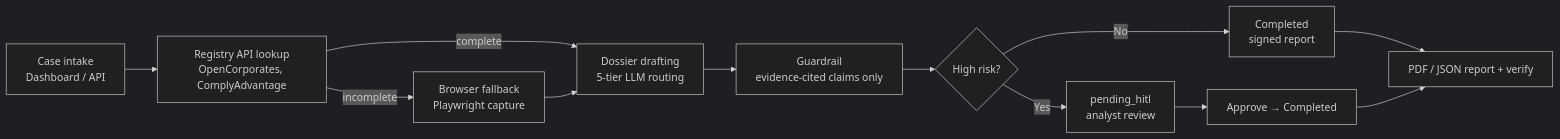
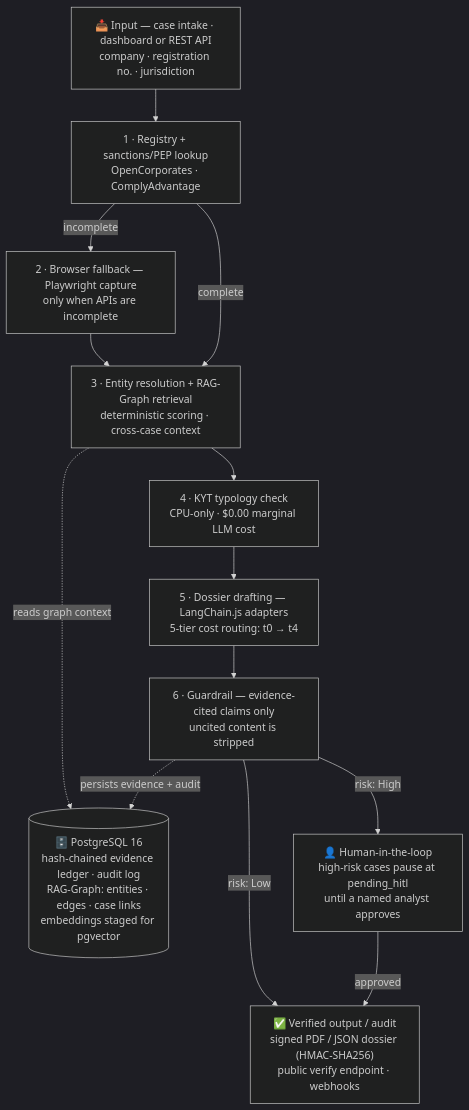
One commit to kakashi3lite/kyc-copilot changed the first of 2 diagrams in README.md. Above: the diagram before and after it, drawn with Mermaid (dark theme). The commit also changed other lines of this file and 9 other files, not shown here.

````diff
--- a/README.md
+++ b/README.md
@@ -147,14 +54,21 @@
 ```mermaid
-flowchart LR
-    A[Case intake<br/>Dashboard / API] --> B[Registry API lookup<br/>OpenCorporates, ComplyAdvantage]
-    B -->|incomplete| C[Browser fallback<br/>Playwright capture]
-    B -->|complete| D[Dossier drafting<br/>5-tier LLM routing]
-    C --> D
-    D --> E[Guardrail<br/>evidence-cited claims only]
-    E --> F{High risk?}
-    F -->|No| G[Completed<br/>signed report]
-    F -->|Yes| H[pending_hitl<br/>analyst review]
-    H --> I[Approve → Completed]
-    G --> J[PDF / JSON report + verify]
-    I --> J
+flowchart TB
+    A["📥 Input — case intake · dashboard or REST API<br/>company · registration no. · jurisdiction"]
+    B1["1 · Registry + sanctions/PEP lookup<br/>OpenCorporates · ComplyAdvantage"]
+    B2["2 · Browser fallback — Playwright capture<br/>only when APIs are incomplete"]
+    B3["3 · Entity resolution + RAG-Graph retrieval<br/>deterministic scoring · cross-case context"]
+    B4["4 · KYT typology check<br/>CPU-only · $0.00 marginal LLM cost"]
+    B5["5 · Dossier drafting — LangChain.js adapters<br/>5-tier cost routing: t0 → t4"]
+    B6["6 · Guardrail — evidence-cited claims only<br/>uncited content is stripped"]
+    C[("🗄️ PostgreSQL 16<br/>hash-chained evidence ledger · audit log<br/>RAG-Graph: entities · edges · case links<br/>embeddings staged for pgvector")]
+    D["✅ Verified output / audit<br/>signed PDF / JSON dossier (HMAC-SHA256)<br/>public verify endpoint · webhooks"]
+    E["👤 Human-in-the-loop<br/>high-risk cases pause at pending_hitl<br/>until a named analyst approves"]
+
+    A --> B1
+    B1 -->|"incomplete"| B2 --> B3
+    B1 -->|"complete"| B3 --> B4 --> B5 --> B6
+    B3 -.->|"reads graph context"| C
+    B6 -.->|"persists evidence + audit"| C
+    B6 -->|"risk: Low"| D
+    B6 -->|"risk: High"| E -->|"approved"| D
 ```
````
